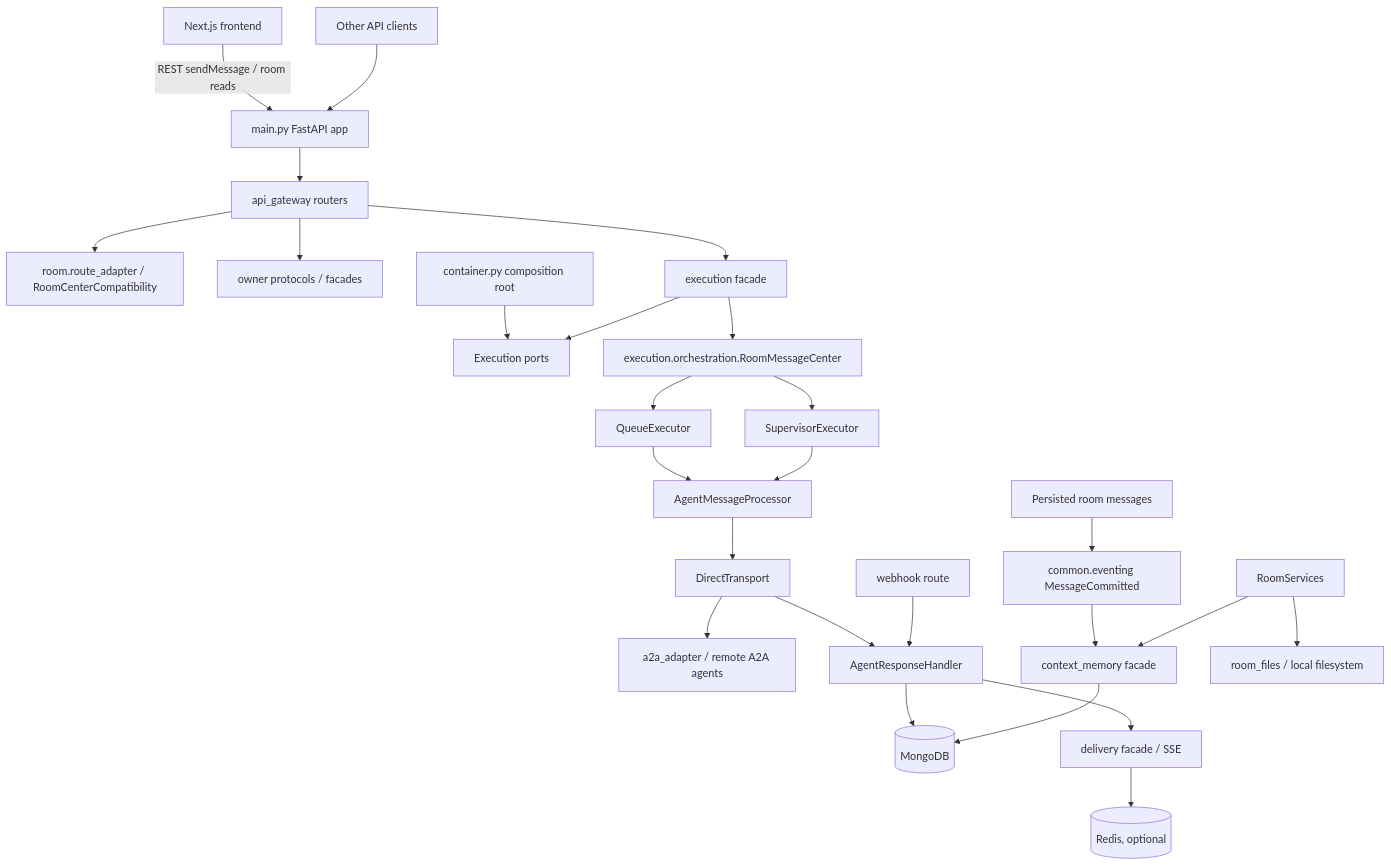
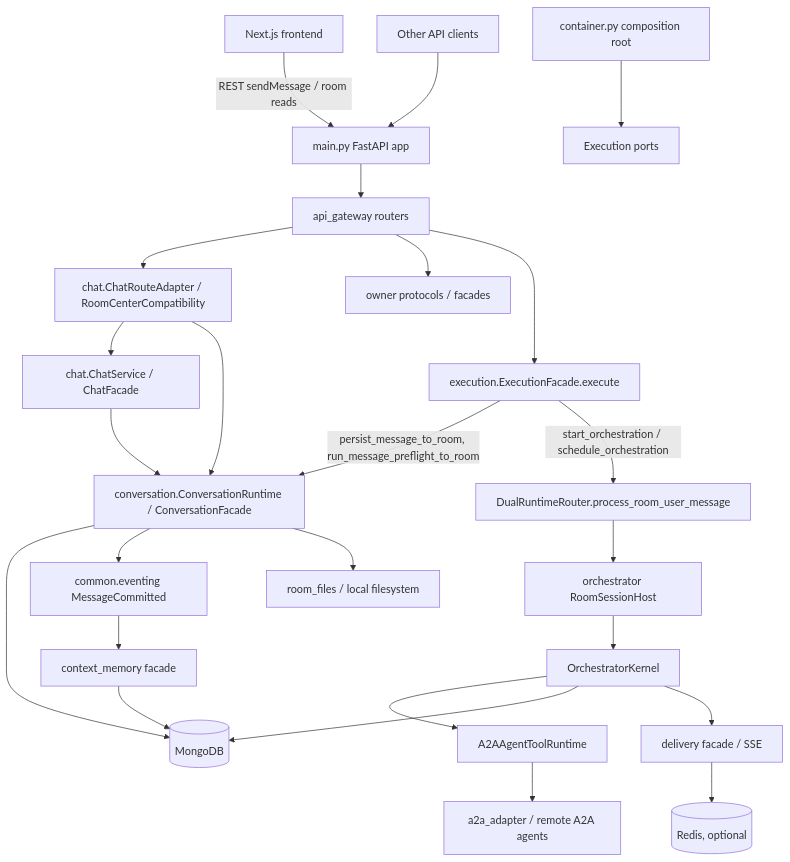
Before and after one commit to JeromeOvO/hybro: the diagram in backend/docs/System-Architecture.md, drawn with Mermaid. The commit also changed other lines of this file and 59 other files, not shown here.

First line of the commit message:
refactor: split room into conversation and chat

````diff
--- a/backend/docs/System-Architecture.md
+++ b/backend/docs/System-Architecture.md
@@ -202,31 +202,29 @@
 ```mermaid
 flowchart TD
     Frontend[Next.js frontend] -->|REST sendMessage / room reads| FastAPI[main.py FastAPI app]
     APIClient[Other API clients] --> FastAPI
     FastAPI --> APIGateway[api_gateway routers]
-    APIGateway --> RoomRoutes[room.route_adapter / RoomCenterCompatibility]
+    APIGateway --> ChatRoutes[chat.ChatRouteAdapter / RoomCenterCompatibility]
     APIGateway --> OwnerPorts[owner protocols / facades]
-    APIGateway --> Execution[execution facade]
+    APIGateway --> Execution[execution.ExecutionFacade.execute]
+    ChatRoutes --> Chat[chat.ChatService / ChatFacade]
+    ChatRoutes --> Conversation
+    Chat --> Conversation[conversation.ConversationRuntime / ConversationFacade]
 
     Container[container.py composition root] --> ExecutionPorts[Execution ports]
-    Execution --> ExecutionPorts
-    Execution --> RoomMessageCenter[execution.orchestration.RoomMessageCenter]
-    RoomMessageCenter --> QueueExecutor[QueueExecutor]
-    RoomMessageCenter --> SupervisorExecutor[SupervisorExecutor]
-    QueueExecutor --> AgentMessageProcessor[AgentMessageProcessor]
-    SupervisorExecutor --> AgentMessageProcessor
+    Execution -->|persist_message_to_room, run_message_preflight_to_room| Conversation
+    Execution -->|start_orchestration / schedule_orchestration| Router[DualRuntimeRouter.process_room_user_message]
+    Router --> SessionHost[orchestrator RoomSessionHost]
+    SessionHost --> Kernel[OrchestratorKernel]
+    Kernel --> ToolRuntime[A2AAgentToolRuntime]
+    ToolRuntime --> A2A[a2a_adapter / remote A2A agents]
+    Kernel --> Mongo[(MongoDB)]
+    Kernel --> Delivery[delivery facade / SSE]
 
-    AgentMessageProcessor --> DirectTransport[DirectTransport]
-    DirectTransport --> A2A[a2a_adapter / remote A2A agents]
-    DirectTransport --> ResponseHandler[AgentResponseHandler]
-    Webhook[webhook route] --> ResponseHandler
-
-    ResponseHandler --> Mongo[(MongoDB)]
-    ResponseHandler --> Delivery[delivery facade / SSE]
-    RoomWrites[Persisted room messages] --> InternalEventing[common.eventing MessageCommitted]
+    Conversation --> Mongo
+    Conversation --> InternalEventing[common.eventing MessageCommitted]
     InternalEventing --> ContextMemory[context_memory facade]
-    RoomServices --> ContextMemory
-    RoomServices --> RoomFiles[room_files / local filesystem]
+    Conversation --> RoomFiles[room_files / local filesystem]
     ContextMemory --> Mongo
     Delivery --> Redis[(Redis, optional)]
 ```
````
